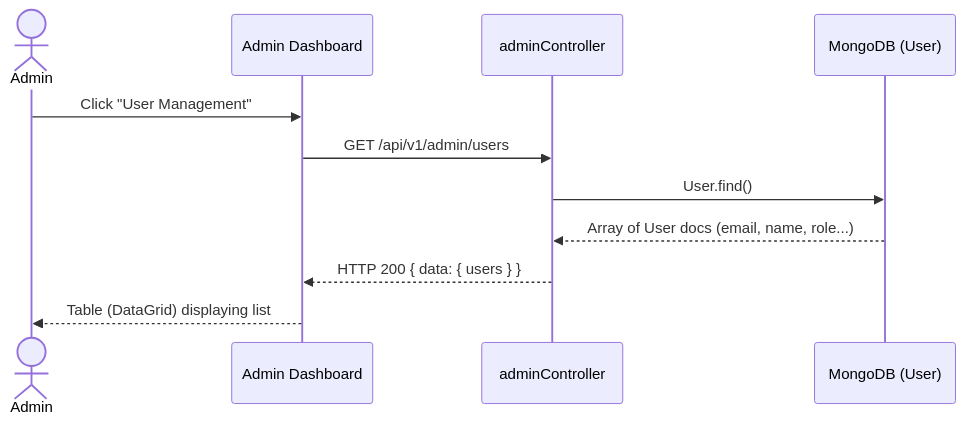
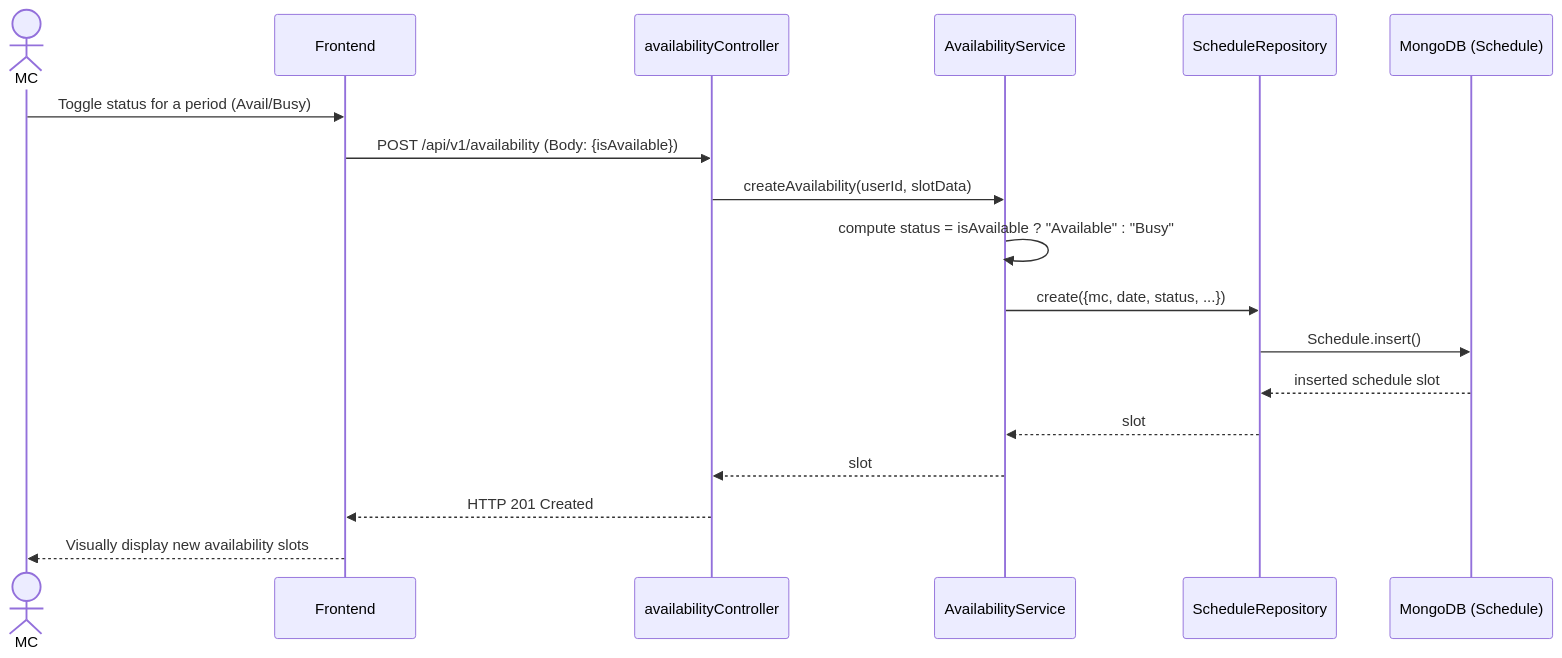
Diagram 18 of 36 in UC_Backend_Design_Details.md (dat-21/SWD392), drawn with Mermaid before and after one commit. The commit also changed other lines of this file, not shown here.

Commit message:
feat: Refactor design documentation by removing the general system architecture diagram and adding specific high-level design diagrams for individual use cases.

````diff
--- a/UC_Backend_Design_Details.md
+++ b/UC_Backend_Design_Details.md
@@ -262,14 +404,21 @@
 ```mermaid
 sequenceDiagram
-    actor Admin
-    participant FE as Admin Dashboard
-    participant Ctrl as adminController
-    participant DB as MongoDB (User)
+    actor MC
+    participant FE as Frontend 
+    participant Ctrl as availabilityController
+    participant Svc as AvailabilityService
+    participant Repo as ScheduleRepository
+    participant DB as MongoDB (Schedule)
 
-    Admin->>FE: Click "User Management"
-    FE->>Ctrl: GET /api/v1/admin/users
-    Ctrl->>DB: User.find()
-    DB-->>Ctrl: Array of User docs (email, name, role...)
-    Ctrl-->>FE: HTTP 200 { data: { users } }
-    FE-->>Admin: Table (DataGrid) displaying list
+    MC->>FE: Toggle status for a period (Avail/Busy)
+    FE->>Ctrl: POST /api/v1/availability (Body: {isAvailable})
+    Ctrl->>Svc: createAvailability(userId, slotData)
+    Svc->>Svc: compute status = isAvailable ? "Available" : "Busy"
+    Svc->>Repo: create({mc, date, status, ...})
+    Repo->>DB: Schedule.insert()
+    DB-->>Repo: inserted schedule slot
+    Repo-->>Svc: slot
+    Svc-->>Ctrl: slot
+    Ctrl-->>FE: HTTP 201 Created
+    FE-->>MC: Visually display new availability slots
 ```
````
